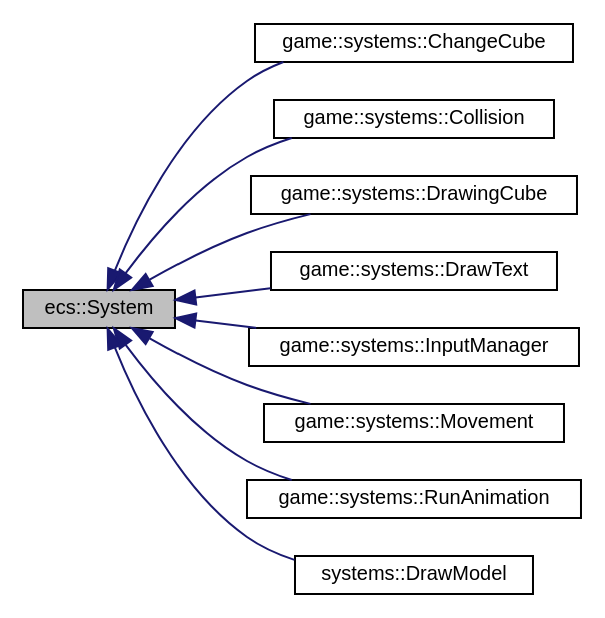
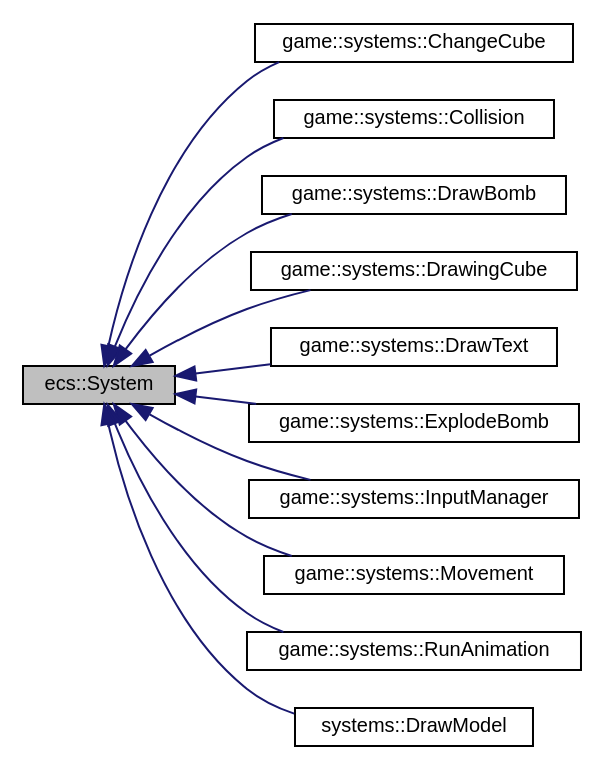
The diagram in classecs_1_1_system__inherit__graph.dot (MisterPeModder/Bomberman-Global-Offensive), drawn with Graphviz before and after one commit. The commit also changed 463 other files, not shown here.

```diff
--- a/classecs_1_1_system__inherit__graph.dot
+++ b/classecs_1_1_system__inherit__graph.dot
@@ -1,24 +1,28 @@
 digraph "ecs::System"
 {
  // LATEX_PDF_SIZE
   edge [fontname="Helvetica",fontsize="10",labelfontname="Helvetica",labelfontsize="10"];
   node [fontname="Helvetica",fontsize="10",shape=record];
   rankdir="LR";
   Node1 [label="ecs::System",height=0.2,width=0.4,color="black", fillcolor="grey75", style="filled", fontcolor="black",tooltip="The base system type, all systems must inherit from System."];
   Node1 -> Node2 [dir="back",color="midnightblue",fontsize="10",style="solid",fontname="Helvetica"];
   Node2 [label="game::systems::ChangeCube",height=0.2,width=0.4,color="black", fillcolor="white", style="filled",URL="$structgame_1_1systems_1_1_change_cube.html",tooltip="ChangeCube system."];
   Node1 -> Node3 [dir="back",color="midnightblue",fontsize="10",style="solid",fontname="Helvetica"];
   Node3 [label="game::systems::Collision",height=0.2,width=0.4,color="black", fillcolor="white", style="filled",URL="$structgame_1_1systems_1_1_collision.html",tooltip="Collisions resolver system."];
   Node1 -> Node4 [dir="back",color="midnightblue",fontsize="10",style="solid",fontname="Helvetica"];
-  Node4 [label="game::systems::DrawingCube",height=0.2,width=0.4,color="black", fillcolor="white", style="filled",URL="$structgame_1_1systems_1_1_drawing_cube.html",tooltip="Drawing cube system."];
+  Node4 [label="game::systems::DrawBomb",height=0.2,width=0.4,color="black", fillcolor="white", style="filled",URL="$structgame_1_1systems_1_1_draw_bomb.html",tooltip="Draw bomb system."];
   Node1 -> Node5 [dir="back",color="midnightblue",fontsize="10",style="solid",fontname="Helvetica"];
-  Node5 [label="game::systems::DrawText",height=0.2,width=0.4,color="black", fillcolor="white", style="filled",URL="$structgame_1_1systems_1_1_draw_text.html",tooltip="Draw text system."];
+  Node5 [label="game::systems::DrawingCube",height=0.2,width=0.4,color="black", fillcolor="white", style="filled",URL="$structgame_1_1systems_1_1_drawing_cube.html",tooltip="Drawing cube system."];
   Node1 -> Node6 [dir="back",color="midnightblue",fontsize="10",style="solid",fontname="Helvetica"];
-  Node6 [label="game::systems::InputManager",height=0.2,width=0.4,color="black", fillcolor="white", style="filled",URL="$structgame_1_1systems_1_1_input_manager.html",tooltip="System managing all the users inputs."];
+  Node6 [label="game::systems::DrawText",height=0.2,width=0.4,color="black", fillcolor="white", style="filled",URL="$structgame_1_1systems_1_1_draw_text.html",tooltip="Draw text system."];
   Node1 -> Node7 [dir="back",color="midnightblue",fontsize="10",style="solid",fontname="Helvetica"];
-  Node7 [label="game::systems::Movement",height=0.2,width=0.4,color="black", fillcolor="white", style="filled",URL="$structgame_1_1systems_1_1_movement.html",tooltip="Movement system."];
+  Node7 [label="game::systems::ExplodeBomb",height=0.2,width=0.4,color="black", fillcolor="white", style="filled",URL="$structgame_1_1systems_1_1_explode_bomb.html",tooltip="Explode bomb system."];
   Node1 -> Node8 [dir="back",color="midnightblue",fontsize="10",style="solid",fontname="Helvetica"];
-  Node8 [label="game::systems::RunAnimation",height=0.2,width=0.4,color="black", fillcolor="white", style="filled",URL="$structgame_1_1systems_1_1_run_animation.html",tooltip=" "];
+  Node8 [label="game::systems::InputManager",height=0.2,width=0.4,color="black", fillcolor="white", style="filled",URL="$structgame_1_1systems_1_1_input_manager.html",tooltip="System managing all the users inputs."];
   Node1 -> Node9 [dir="back",color="midnightblue",fontsize="10",style="solid",fontname="Helvetica"];
-  Node9 [label="systems::DrawModel",height=0.2,width=0.4,color="black", fillcolor="white", style="filled",URL="$structsystems_1_1_draw_model.html",tooltip=" "];
+  Node9 [label="game::systems::Movement",height=0.2,width=0.4,color="black", fillcolor="white", style="filled",URL="$structgame_1_1systems_1_1_movement.html",tooltip="Movement system."];
+  Node1 -> Node10 [dir="back",color="midnightblue",fontsize="10",style="solid",fontname="Helvetica"];
+  Node10 [label="game::systems::RunAnimation",height=0.2,width=0.4,color="black", fillcolor="white", style="filled",URL="$structgame_1_1systems_1_1_run_animation.html",tooltip=" "];
+  Node1 -> Node11 [dir="back",color="midnightblue",fontsize="10",style="solid",fontname="Helvetica"];
+  Node11 [label="systems::DrawModel",height=0.2,width=0.4,color="black", fillcolor="white", style="filled",URL="$structsystems_1_1_draw_model.html",tooltip=" "];
 }
```
